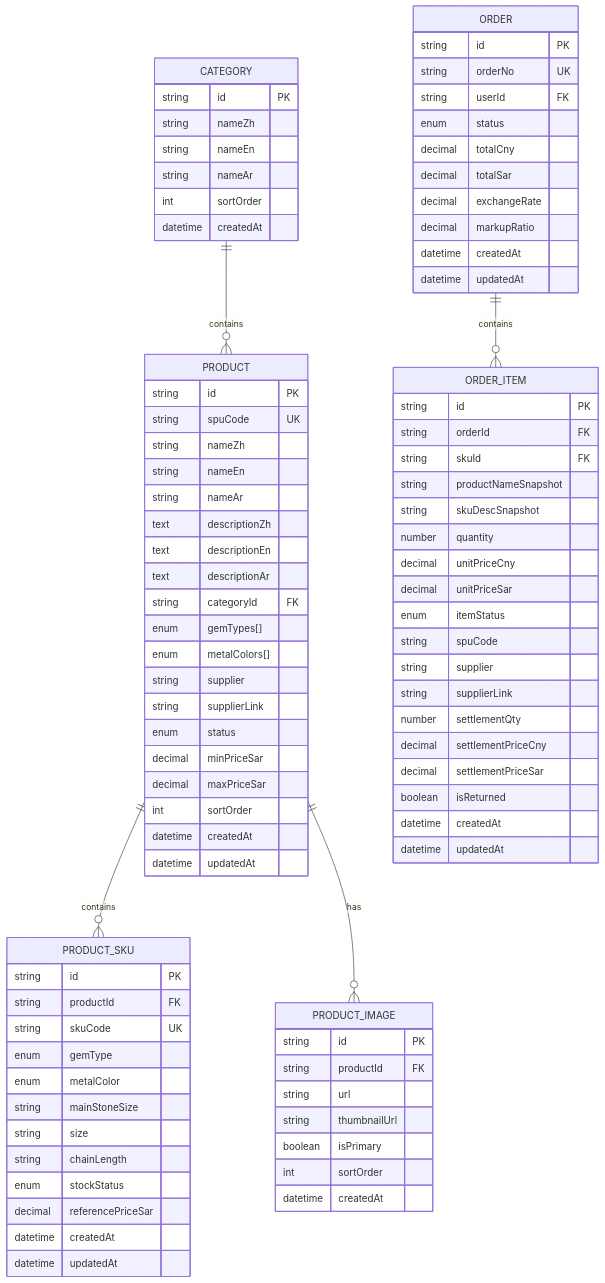
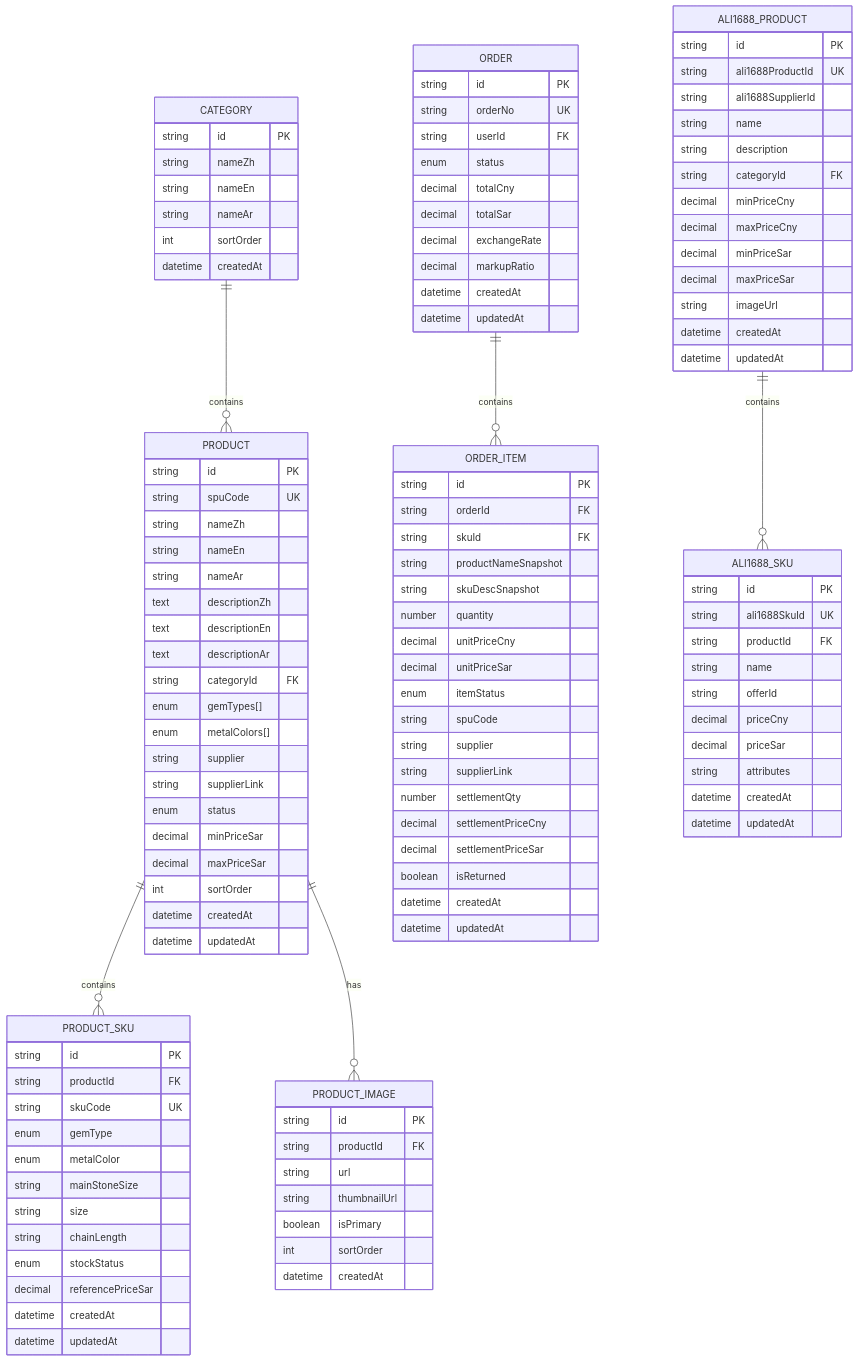
Before and after one commit to three3638-arch/celestia_2b: the sixth of 17 diagrams in .qoder/repowiki/zh/content/Excel Import System.md, drawn with Mermaid. The commit also changed other lines of this file and 8 other files, not shown here.

````diff
--- a/.qoder/repowiki/zh/content/Excel Import System.md
+++ b/.qoder/repowiki/zh/content/Excel Import System.md
@@ -400,8 +463,36 @@
 int sortOrder
 datetime createdAt
 }
+ALI1688_PRODUCT {
+string id PK
+string ali1688ProductId UK
+string ali1688SupplierId
+string name
+string description
+string categoryId FK
+decimal minPriceCny
+decimal maxPriceCny
+decimal minPriceSar
+decimal maxPriceSar
+string imageUrl
+datetime createdAt
+datetime updatedAt
+}
+ALI1688_SKU {
+string id PK
+string ali1688SkuId UK
+string productId FK
+string name
+string offerId
+decimal priceCny
+decimal priceSar
+string attributes
+datetime createdAt
+datetime updatedAt
+}
 PRODUCT ||--o{ PRODUCT_SKU : contains
 PRODUCT ||--o{ PRODUCT_IMAGE : has
 CATEGORY ||--o{ PRODUCT : contains
 ORDER ||--o{ ORDER_ITEM : contains
+ALI1688_PRODUCT ||--o{ ALI1688_SKU : contains
 ```
````
